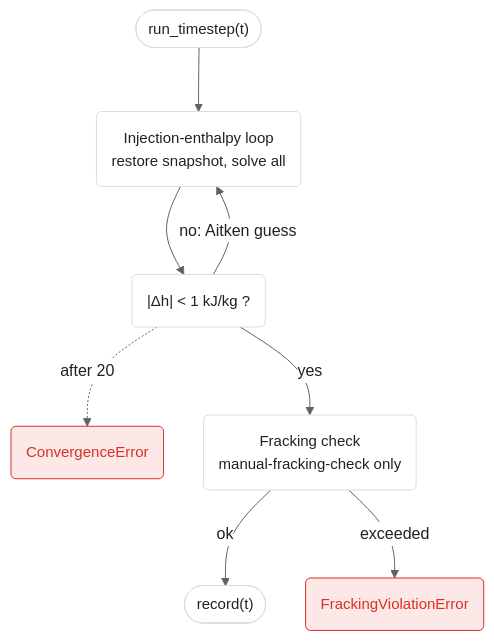
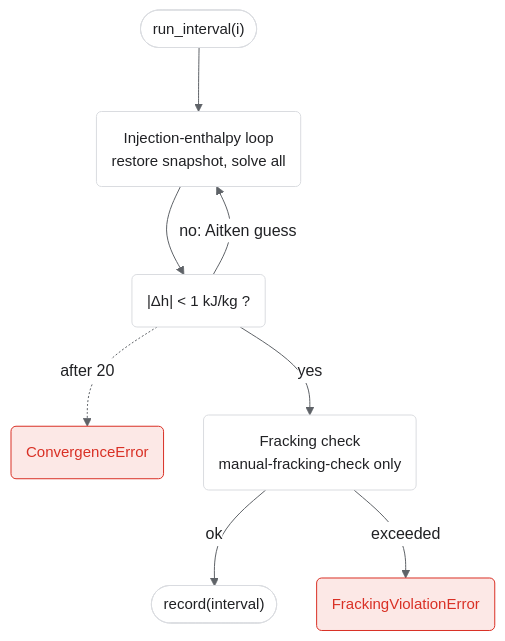
Before and after one commit to GEG-ETHZ/TANGO-core: the diagram in docs/runtime/bc-iteration.md, drawn with Mermaid. The commit also changed other lines of this file and 67 other files, not shown here.

````diff
--- a/docs/runtime/bc-iteration.md
+++ b/docs/runtime/bc-iteration.md
@@ -5,31 +5,31 @@
 ```mermaid
 %%{init: {"theme":"base","themeVariables":{"primaryColor":"#FFFFFF","primaryTextColor":"#202124","primaryBorderColor":"#DADCE0","lineColor":"#5F6368","secondaryColor":"#F8F9FA","tertiaryColor":"#F8F9FA","clusterBkg":"#F8F9FA","clusterBorder":"#DADCE0","edgeLabelBackground":"#FFFFFF"},"flowchart":{"curve":"basis","nodeSpacing":40,"rankSpacing":64,"useMaxWidth":true}} }%%
 flowchart TB
-  start(["run_timestep(t)"])
+  start(["run_interval(i)"])
   tl("Injection-enthalpy loop<br/>restore snapshot, solve all")
   conv("|Δh| < 1 kJ/kg ?")
   ce("ConvergenceError")
   frk("Fracking check<br/>manual-fracking-check only")
-  done(["record(t)"])
+  done(["record(interval)"])
   fve("FrackingViolationError")
 
   start --> tl
   tl --> conv
   conv -- "no: Aitken guess" --> tl
   conv -- yes --> frk
   conv -. "after 20" .-> ce
   frk -- ok --> done
   frk -- exceeded --> fve
 
   class start,done code
   class tl,conv,frk code
   class fve,ce err
   classDef well  fill:#F3EDF9,stroke:#7D4FB0,color:#7D4FB0,font-size:15px
   classDef res   fill:#FBEAE7,stroke:#D2402C,color:#D2402C,font-size:15px
   classDef surf  fill:#E8F0FA,stroke:#2F6FBF,color:#2F6FBF,font-size:15px
   classDef econ  fill:#E0F2F1,stroke:#007B83,color:#007B83,font-size:15px
   classDef code  fill:#FFFFFF,stroke:#DADCE0,color:#202124,font-size:15px
   classDef err   fill:#FCE8E6,stroke:#D93025,color:#D93025,font-size:15px
   classDef out   fill:#FFFFFF,stroke:#9AA0A6,color:#5F6368,stroke-dasharray:4 3,font-size:15px
   classDef human fill:#202124,stroke:#9AA0A6,color:#FFFFFF,font-size:15px
 ```
````
